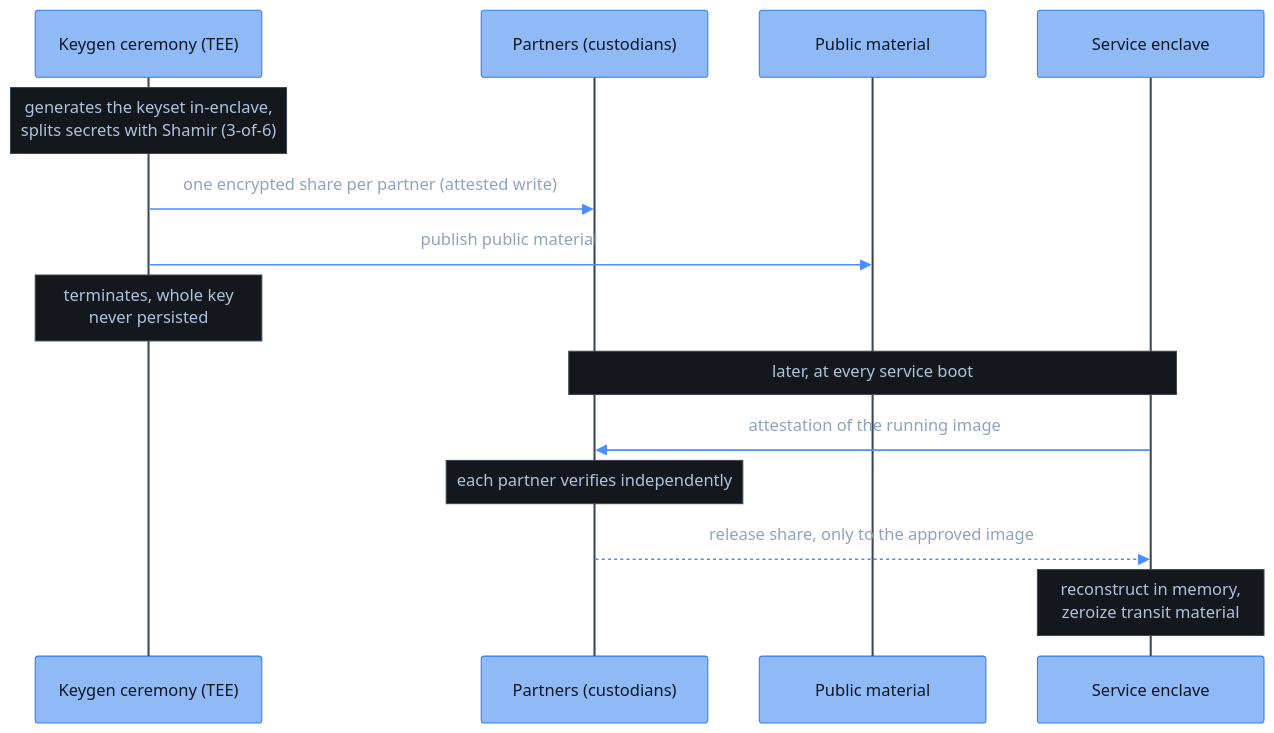
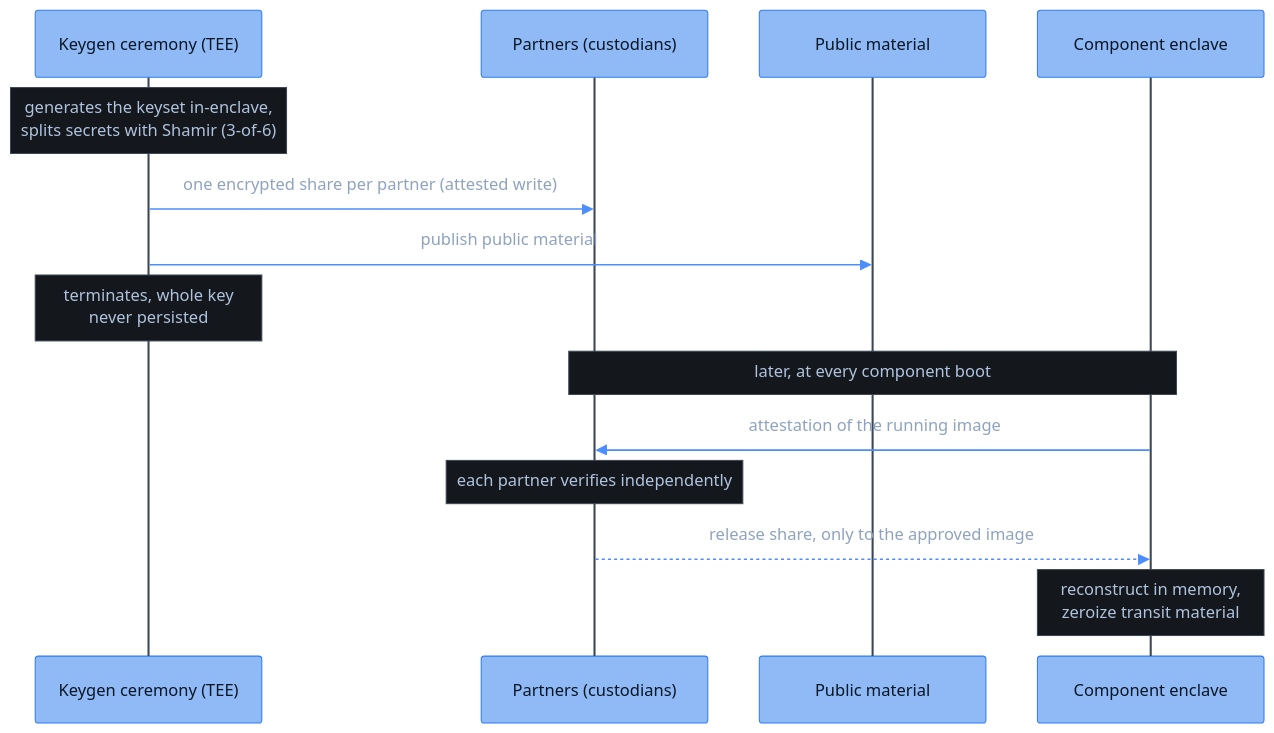
One commit to FhenixProtocol/fhenix-developer-docs changed the diagram in deep-dive/cofhe-components/key-management.mdx. Above: the diagram before and after it, drawn with Mermaid. The commit also changed other lines of this file and 10 other files, not shown here.

````diff
--- a/deep-dive/cofhe-components/key-management.mdx
+++ b/deep-dive/cofhe-components/key-management.mdx
@@ -21,18 +21,18 @@
 ```mermaid
 %%{init: {"theme": "base", "themeVariables": {"fontFamily": "Menlo, Monaco, Consolas, monospace", "fontSize": "16px", "primaryColor": "#8FBAF5", "primaryBorderColor": "#2E7CF6", "primaryTextColor": "#0A1626", "lineColor": "#4C8DFF", "signalColor": "#4C8DFF", "signalTextColor": "#8FA3BF", "actorBkg": "#8FBAF5", "actorBorder": "#2E7CF6", "actorTextColor": "#0A1626", "actorLineColor": "#3D4654", "noteBkgColor": "#14171C", "noteBorderColor": "#3D4654", "noteTextColor": "#AFC3DE", "activationBkgColor": "#1E3A5F", "activationBorderColor": "#4C8DFF", "clusterBkg": "#14171C", "clusterBorder": "#3D4654", "titleColor": "#E7EAEE", "edgeLabelBackground": "#8FBAF5", "textColor": "#AFC3DE", "labelTextColor": "#E7EAEE", "tertiaryColor": "#14171C", "loopTextColor": "#AFC3DE", "labelBoxBkgColor": "#1E3A5F", "labelBoxBorderColor": "#4C8DFF"}, "sequence": {"actorFontFamily": "Menlo, Monaco, Consolas, monospace", "messageFontFamily": "Menlo, Monaco, Consolas, monospace", "noteFontFamily": "Menlo, Monaco, Consolas, monospace", "width": 220, "actorFontSize": 16, "messageFontSize": 16, "noteFontSize": 15}}}%%
 sequenceDiagram
     participant Ceremony as Keygen ceremony (TEE)
     participant Partners as Partners (custodians)
     participant Pub as Public material
-    participant Enclave as Service enclave
+    participant Enclave as Component enclave
 
     Note over Ceremony: generates the keyset in-enclave,<br/>splits secrets with Shamir (3-of-6)
     Ceremony->>Partners: one encrypted share per partner (attested write)
     Ceremony->>Pub: publish public material
     Note over Ceremony: terminates, whole key<br/>never persisted
-    Note over Partners,Enclave: later, at every service boot
+    Note over Partners,Enclave: later, at every component boot
     Enclave->>Partners: attestation of the running image
     Note over Partners: each partner verifies independently
     Partners-->>Enclave: release share, only to the approved image
     Note over Enclave: reconstruct in memory,<br/>zeroize transit material
 ```
````
